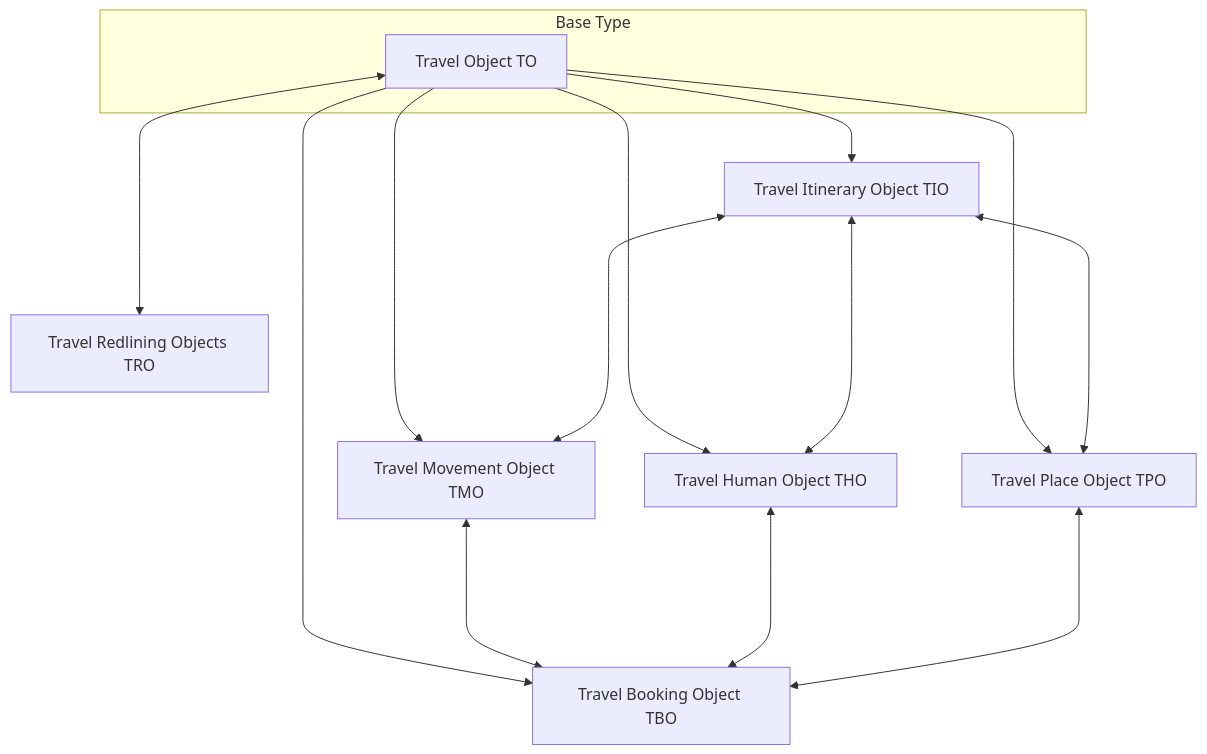
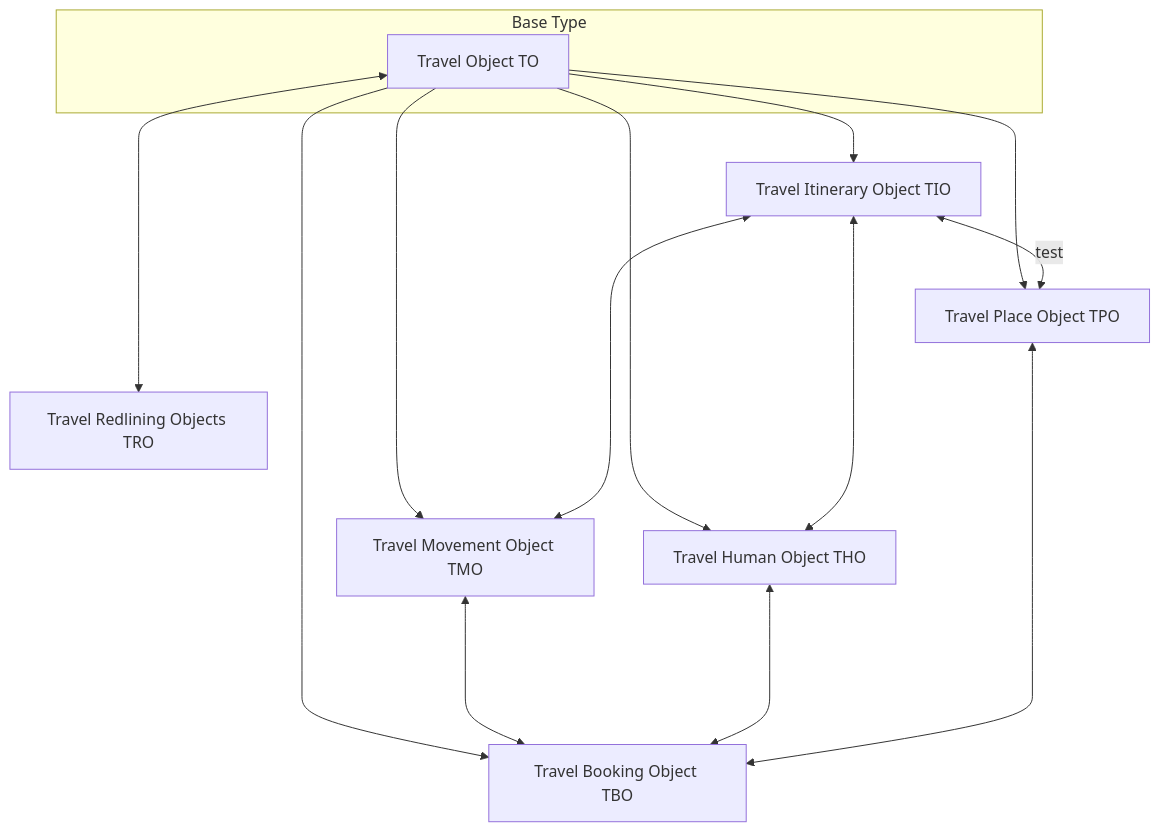
Before and after one commit to OSSTRA/TXDM: the diagram in README.md, drawn with Mermaid.

````diff
--- a/README.md
+++ b/README.md
@@ -38,18 +38,18 @@
 ```mermaid
 graph TD;
     subgraph Base Type;
     Base[Travel Object TO];
     end;
     Base<---->TRO[Travel Redlining Objects TRO];
     Base-->TIO[Travel Itinerary Object TIO];
     Base-->TPO[Travel Place Object TPO];
     Base-->TMO[Travel Movement Object TMO];
     Base-->THO[Travel Human Object THO]
     Base-->TBO[Travel Booking Object TBO]
-    TIO<---->TPO;
+    TIO<-- test -->TPO;
     TIO<---->TMO;
     TIO<---->THO;
     TMO<---->TBO;
     THO<---->TBO;
     TPO<---->TBO;
 ```
````
